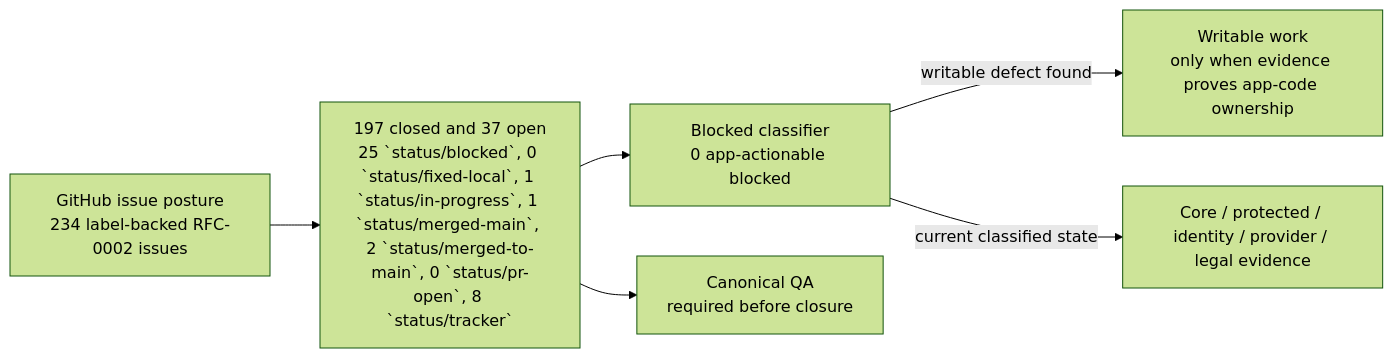
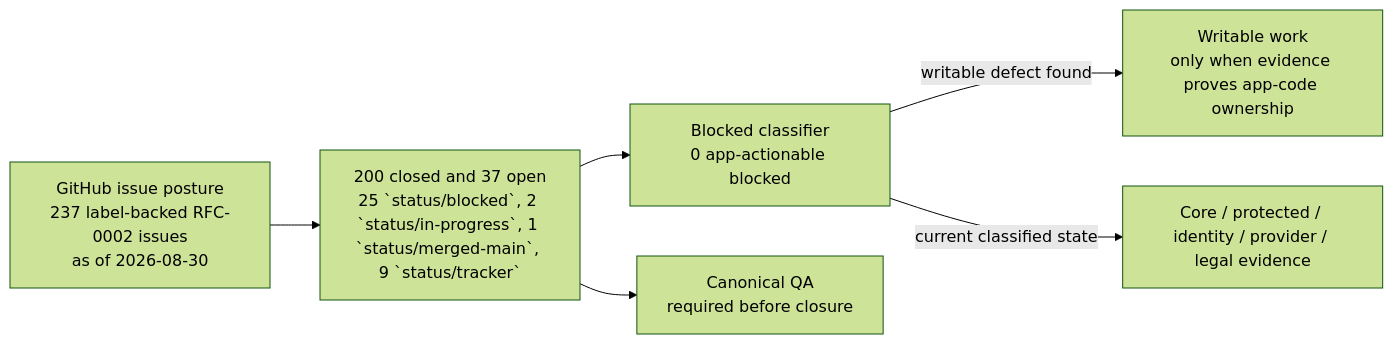
One commit to sgajbi/lotus-idea changed the first of 2 diagrams in wiki/RFC-0002-Execution-Status.md. Above: the diagram before and after it, drawn with Mermaid (forest theme). The commit also changed other lines of this file and 22 other files, not shown here.

Commit message:
fix(governance): enforce complete RFC issue posture

````diff
--- a/wiki/RFC-0002-Execution-Status.md
+++ b/wiki/RFC-0002-Execution-Status.md
@@ -39,15 +41,15 @@
 ```mermaid
 flowchart LR
-    Issues["GitHub issue posture<br/>234 label-backed RFC-0002 issues"]
-    Open["197 closed and 37 open<br/>25 `status/blocked`, 0 `status/fixed-local`, 1 `status/in-progress`, 1 `status/merged-main`, 2 `status/merged-to-main`, 0 `status/pr-open`, 8 `status/tracker`"]
+    Issues["GitHub issue posture<br/>237 label-backed RFC-0002 issues<br/>as of 2026-08-30"]
+    Open["200 closed and 37 open<br/>25 `status/blocked`, 2 `status/in-progress`, 1 `status/merged-main`, 9 `status/tracker`"]
     Blocked["Blocked classifier<br/>0 app-actionable blocked"]
     Work["Writable work<br/>only when evidence proves app-code ownership"]
     External["Core / protected / identity / provider / legal evidence"]
     QA["Canonical QA<br/>required before closure"]
 
     Issues --> Open
     Open --> Blocked
     Blocked -->|"writable defect found"| Work
     Blocked -->|"current classified state"| External
     Open --> QA
 ```
````
